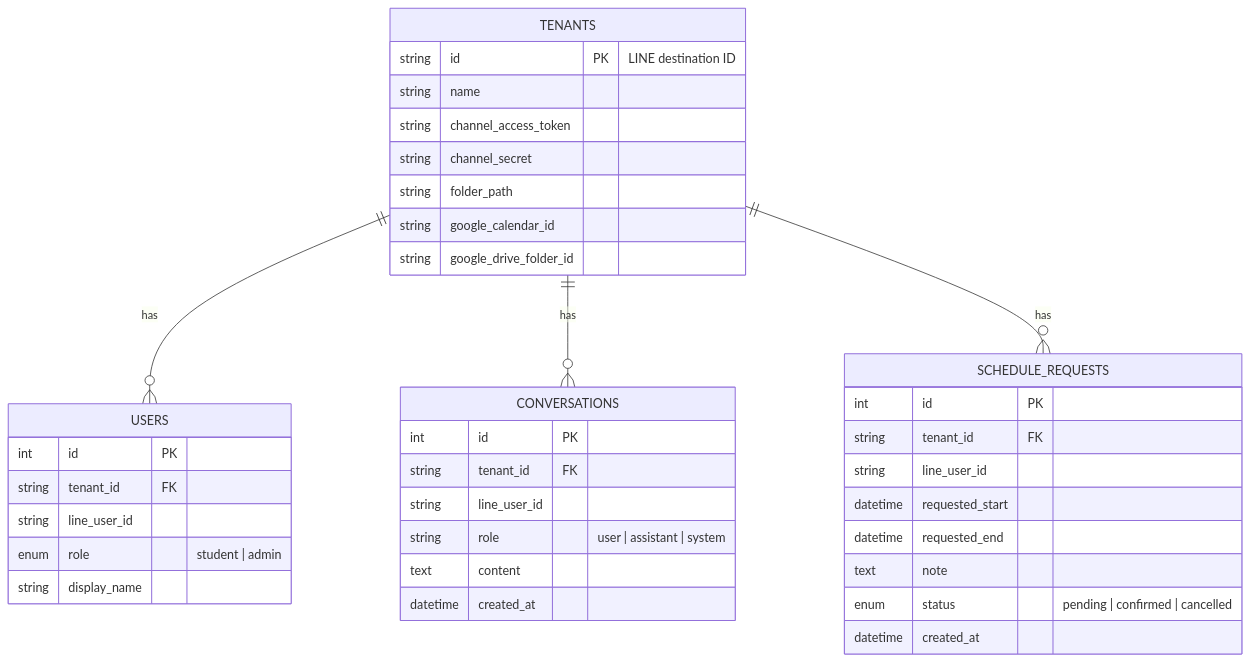
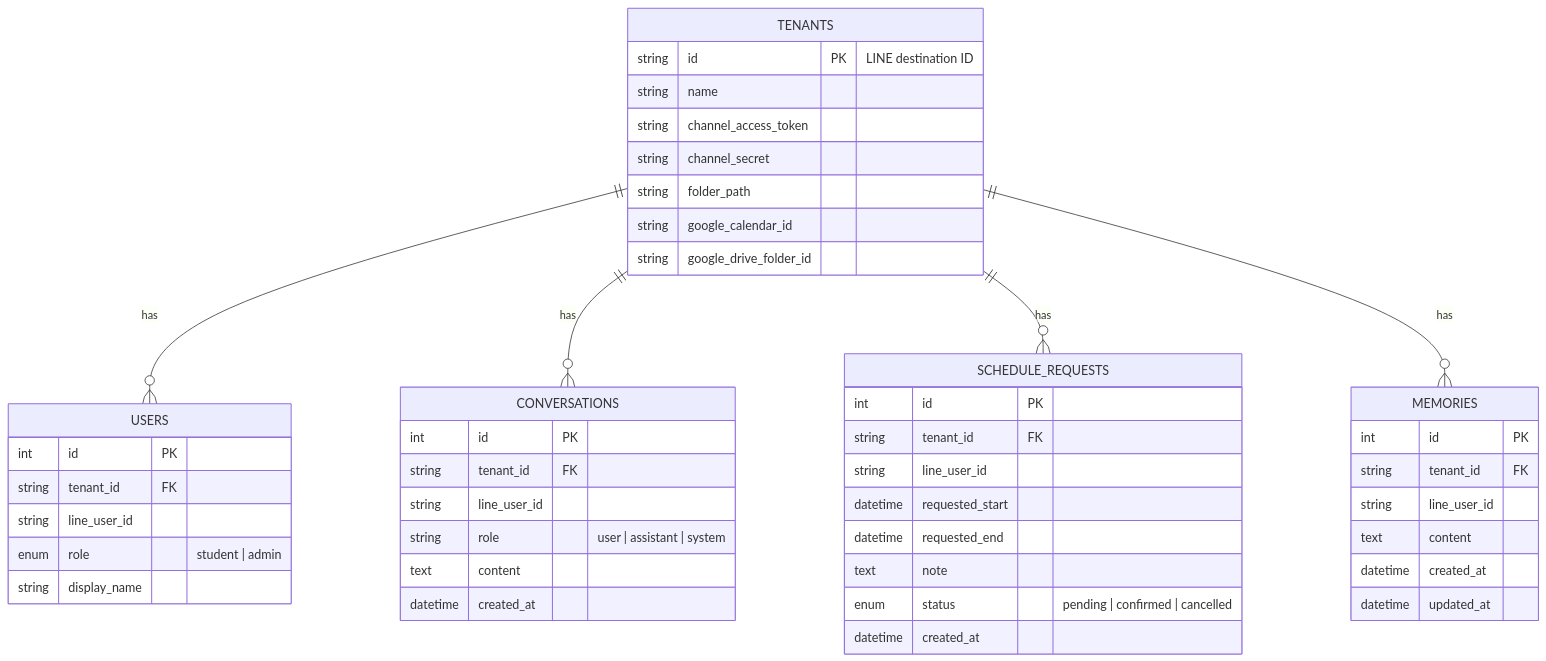
Before and after one commit to craftbydan/Satmath67: the second of 2 diagrams in README.md, drawn with Mermaid. The commit also changed other lines of this file and 6 other files, not shown here.

````diff
--- a/README.md
+++ b/README.md
@@ -180,41 +185,50 @@
 ```mermaid
 erDiagram
     TENANTS ||--o{ USERS : has
     TENANTS ||--o{ CONVERSATIONS : has
     TENANTS ||--o{ SCHEDULE_REQUESTS : has
+    TENANTS ||--o{ MEMORIES : has
 
     TENANTS {
         string id PK "LINE destination ID"
         string name
         string channel_access_token
         string channel_secret
         string folder_path
         string google_calendar_id
         string google_drive_folder_id
     }
     USERS {
         int id PK
         string tenant_id FK
         string line_user_id
         enum role "student | admin"
         string display_name
     }
     CONVERSATIONS {
         int id PK
         string tenant_id FK
         string line_user_id
         string role "user | assistant | system"
         text content
         datetime created_at
     }
     SCHEDULE_REQUESTS {
         int id PK
         string tenant_id FK
         string line_user_id
         datetime requested_start
         datetime requested_end
         text note
         enum status "pending | confirmed | cancelled"
         datetime created_at
     }
+    MEMORIES {
+        int id PK
+        string tenant_id FK
+        string line_user_id
+        text content
+        datetime created_at
+        datetime updated_at
+    }
 ```
````
